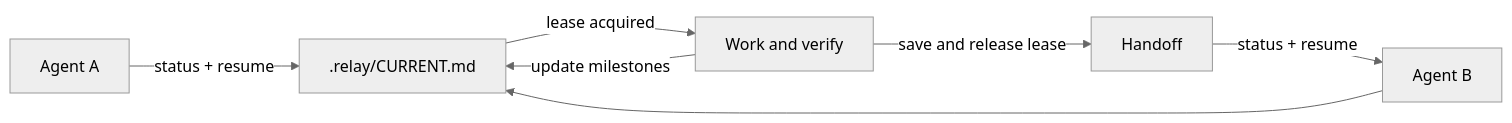
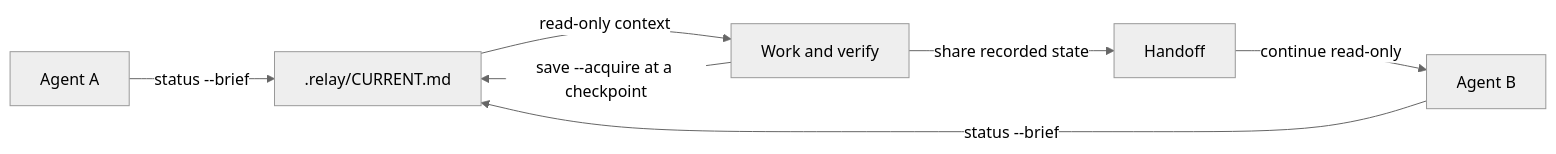
Before and after one commit to seriousz158/project-continuity: the diagram in README.md, drawn with Mermaid (neutral theme). The commit also changed other lines of this file and 4 other files, not shown here.

First line of the commit message:
docs: default to one save --acquire per standalone checkpoint

````diff
--- a/README.md
+++ b/README.md
@@ -81,9 +81,9 @@
 ```mermaid
 flowchart LR
-    A[Agent A] -->|status + resume| C[.relay/CURRENT.md]
-    C -->|lease acquired| W[Work and verify]
-    W -->|update milestones| C
-    W -->|save and release lease| H[Handoff]
-    H -->|status + resume| B[Agent B]
-    B --> C
+    A[Agent A] -->|status --brief| C[.relay/CURRENT.md]
+    C -->|read-only context| W[Work and verify]
+    W -->|save --acquire at a checkpoint| C
+    W -->|share recorded state| H[Handoff]
+    H -->|continue read-only| B[Agent B]
+    B -->|status --brief| C
 ```
````
